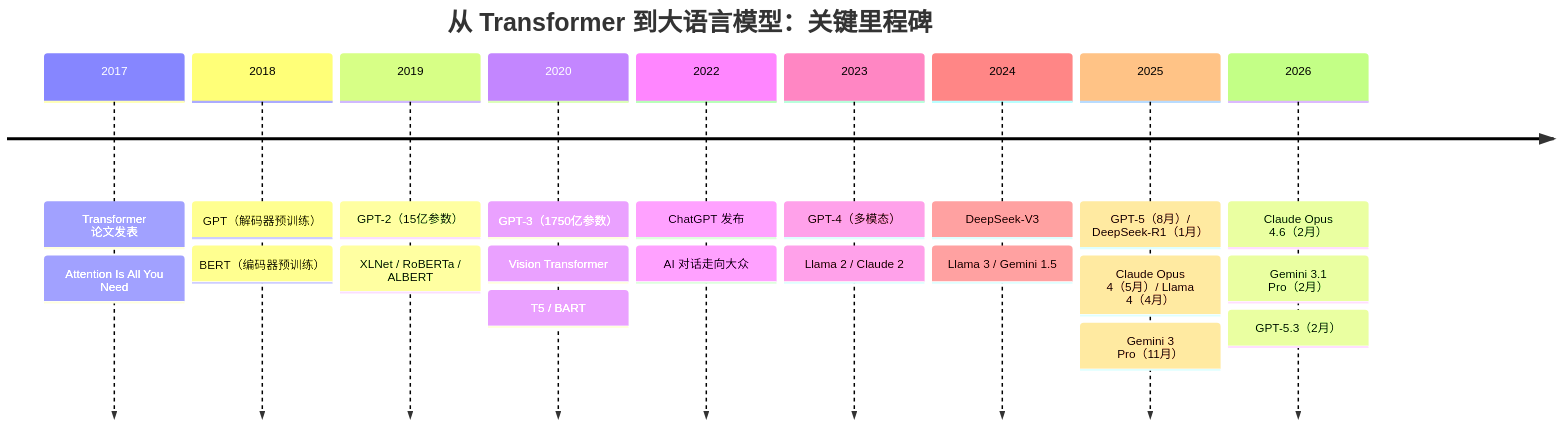
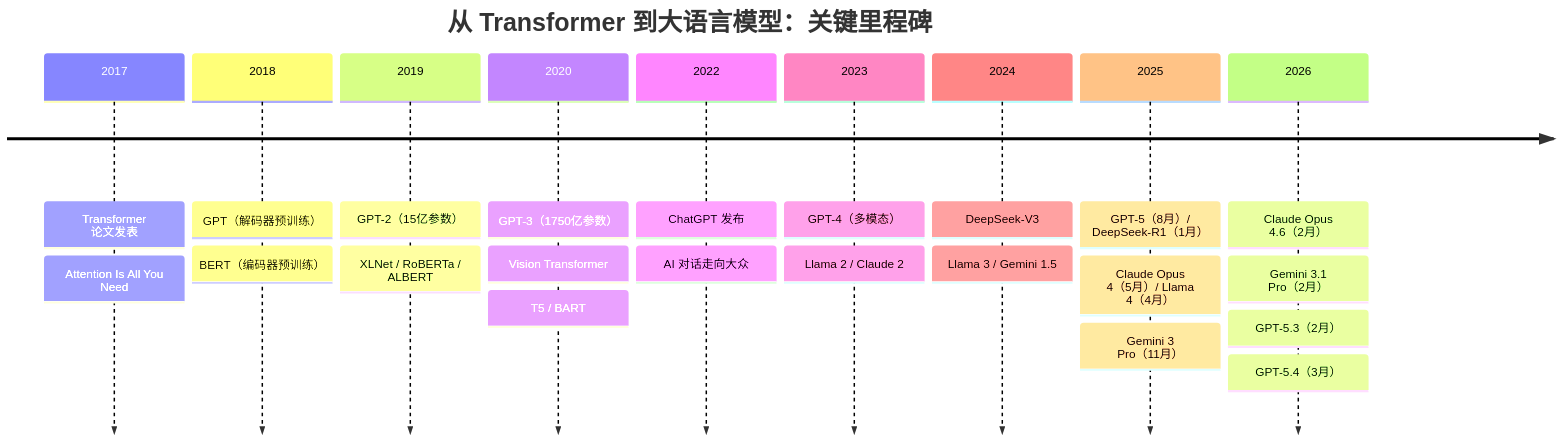
The diagram in 01_introduction/1.5_milestones.md (yeasy/llm_internals), drawn with Mermaid before and after one commit. The commit also changed other lines of this file and 3 other files, not shown here.

````diff
--- a/01_introduction/1.5_milestones.md
+++ b/01_introduction/1.5_milestones.md
@@ -5,25 +5,26 @@
 ```mermaid
 timeline
     title 从 Transformer 到大语言模型：关键里程碑
     2017 : Transformer 论文发表
          : Attention Is All You Need
     2018 : GPT（解码器预训练）
          : BERT（编码器预训练）
     2019 : GPT-2（15亿参数）
          : XLNet / RoBERTa / ALBERT
     2020 : GPT-3（1750亿参数）
          : Vision Transformer
          : T5 / BART
     2022 : ChatGPT 发布
          : AI 对话走向大众
     2023 : GPT-4（多模态）
          : Llama 2 / Claude 2
     2024 : DeepSeek-V3
          : Llama 3 / Gemini 1.5
     2025 : GPT-5（8月）/ DeepSeek-R1（1月）
          : Claude Opus 4（5月）/ Llama 4（4月）
          : Gemini 3 Pro（11月）
     2026 : Claude Opus 4.6（2月）
          : Gemini 3.1 Pro（2月）
          : GPT-5.3（2月）
+         : GPT-5.4（3月）
 ```
````
